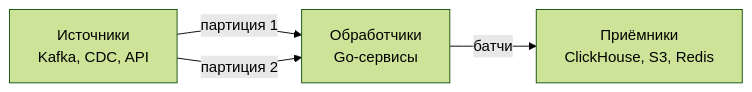
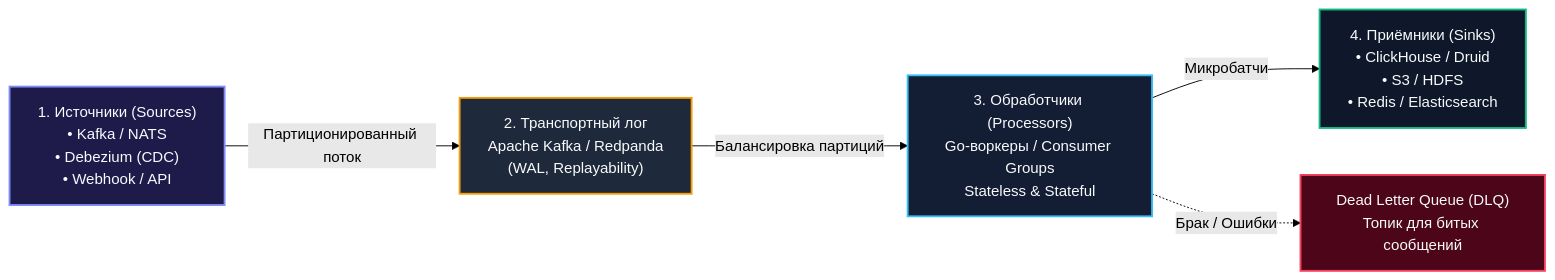
Before and after one commit to UnrealTemplier/go-textbook: the second of 4 diagrams in sources/11. Архитектура и System Design/41. Data Pipeline и потоковая обработка.md, drawn with Mermaid (forest theme). The commit also changed other lines of this file, not shown here.

````diff
--- a/sources/11. Архитектура и System Design/41. Data Pipeline и потоковая обработка.md
+++ b/sources/11. Архитектура и System Design/41. Data Pipeline и потоковая обработка.md
@@ -14,10 +48,21 @@
 ```mermaid
 flowchart LR
-    Source["Источники<br>Kafka, CDC, API"]
-    Processor["Обработчики<br>Go-сервисы"]
-    Sink["Приёмники<br>ClickHouse, S3, Redis"]
+    Source["1. Источники (Sources)<br>• Kafka / NATS<br>• Debezium (CDC)<br>• Webhook / API"] 
+    -->|"Партиционированный поток"| Transport["2. Транспортный лог<br>Apache Kafka / Redpanda<br>(WAL, Replayability)"]
+    -->|"Балансировка партиций"| Processor["3. Обработчики (Processors)<br>Go-воркеры / Consumer Groups<br>Stateless & Stateful"]
+    -->|"Микробатчи"| Sink["4. Приёмники (Sinks)<br>• ClickHouse / Druid<br>• S3 / HDFS<br>• Redis / Elasticsearch"]
 
-    Source -->|"партиция 1"| Processor
-    Source -->|"партиция 2"| Processor
-    Processor -->|"батчи"| Sink
+    Processor -.->|"Брак / Ошибки"| DLQ["Dead Letter Queue (DLQ)<br>Топик для битых сообщений"]
+
+    classDef src fill:#1e1b4b,stroke:#818cf8,stroke-width:2px,color:#f8fafc;
+    classDef trans fill:#1e293b,stroke:#f59e0b,stroke-width:2px,color:#f8fafc;
+    classDef proc fill:#131d33,stroke:#38bdf8,stroke-width:2px,color:#f8fafc;
+    classDef snk fill:#0f172a,stroke:#10b981,stroke-width:2px,color:#f8fafc;
+    classDef dlq fill:#4c0519,stroke:#f43f5e,stroke-width:2px,color:#f8fafc;
+
+    class Source src;
+    class Transport trans;
+    class Processor proc;
+    class Sink snk;
+    class DLQ dlq;
 ```
````
